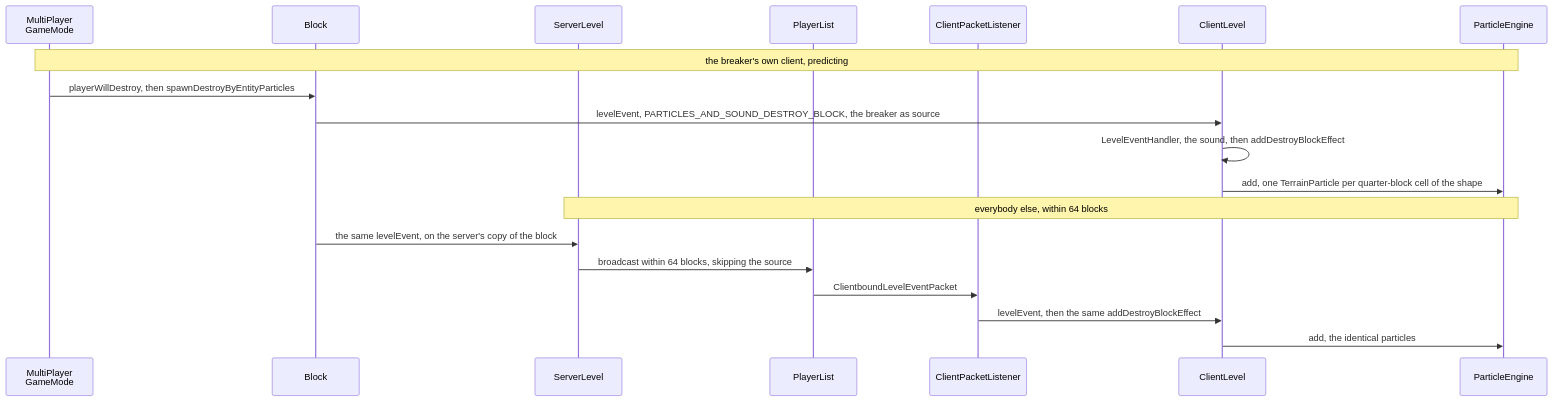
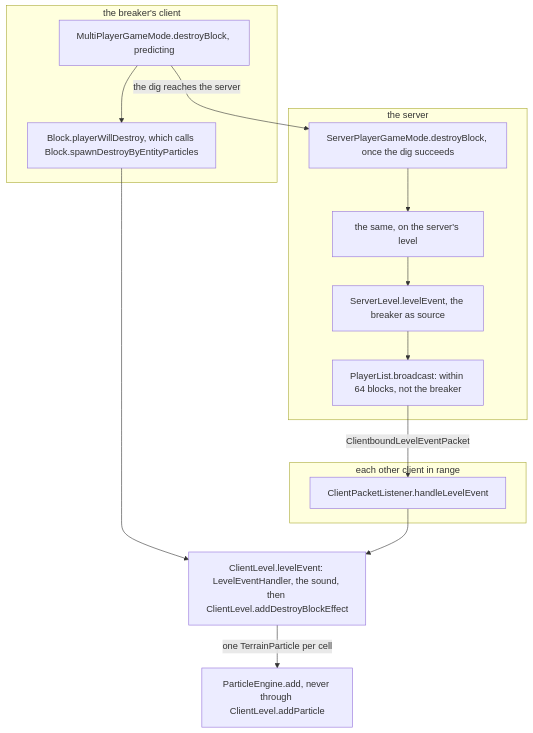
One commit to AlexanderjFraser/MinecraftDocs changed the first of 2 diagrams in src/systems/rendering/particles.md. Above: the diagram before and after it, drawn with Mermaid. The commit also changed other lines of this file and 18 other files, not shown here.

````diff
--- a/src/systems/rendering/particles.md
+++ b/src/systems/rendering/particles.md
@@ -54,22 +54,19 @@
 ```mermaid
-sequenceDiagram
-    participant MPGM as MultiPlayer<br/>GameMode
-    participant Block as Block
-    participant SL as ServerLevel
-    participant PL as PlayerList
-    participant CPL as ClientPacketListener
-    participant CL as ClientLevel
-    participant PE as ParticleEngine
-
-    Note over MPGM,PE: the breaker's own client, predicting
-    MPGM->>Block: playerWillDestroy, then spawnDestroyByEntityParticles
-    Block->>CL: levelEvent, PARTICLES_AND_SOUND_DESTROY_BLOCK, the breaker as source
-    CL->>CL: LevelEventHandler, the sound, then addDestroyBlockEffect
-    CL->>PE: add, one TerrainParticle per quarter-block cell of the shape
-    Note over SL,PE: everybody else, within 64 blocks
-    Block->>SL: the same levelEvent, on the server's copy of the block
-    SL->>PL: broadcast within 64 blocks, skipping the source
-    PL->>CPL: ClientboundLevelEventPacket
-    CPL->>CL: levelEvent, then the same addDestroyBlockEffect
-    CL->>PE: add, the identical particles
+flowchart TD
+    subgraph BC["the breaker's client"]
+        MPGM["MultiPlayerGameMode.destroyBlock, predicting"] --> PWD1["Block.playerWillDestroy, which calls Block.spawnDestroyByEntityParticles"]
+    end
+    subgraph SV["the server"]
+        SPGM["ServerPlayerGameMode.destroyBlock, once the dig succeeds"] --> PWD2["the same, on the server's level"]
+        PWD2 --> SL["ServerLevel.levelEvent, the breaker as source"]
+        SL --> PL["PlayerList.broadcast: within 64 blocks, not the breaker"]
+    end
+    subgraph OC["each other client in range"]
+        CPL["ClientPacketListener.handleLevelEvent"]
+    end
+    MPGM -- "the dig reaches the server" --> SPGM
+    PL -- "ClientboundLevelEventPacket" --> CPL
+    PWD1 --> CL["ClientLevel.levelEvent: LevelEventHandler, the sound, then ClientLevel.addDestroyBlockEffect"]
+    CPL --> CL
+    CL -- "one TerrainParticle per cell" --> PE["ParticleEngine.add, never through ClientLevel.addParticle"]
 ```
````
